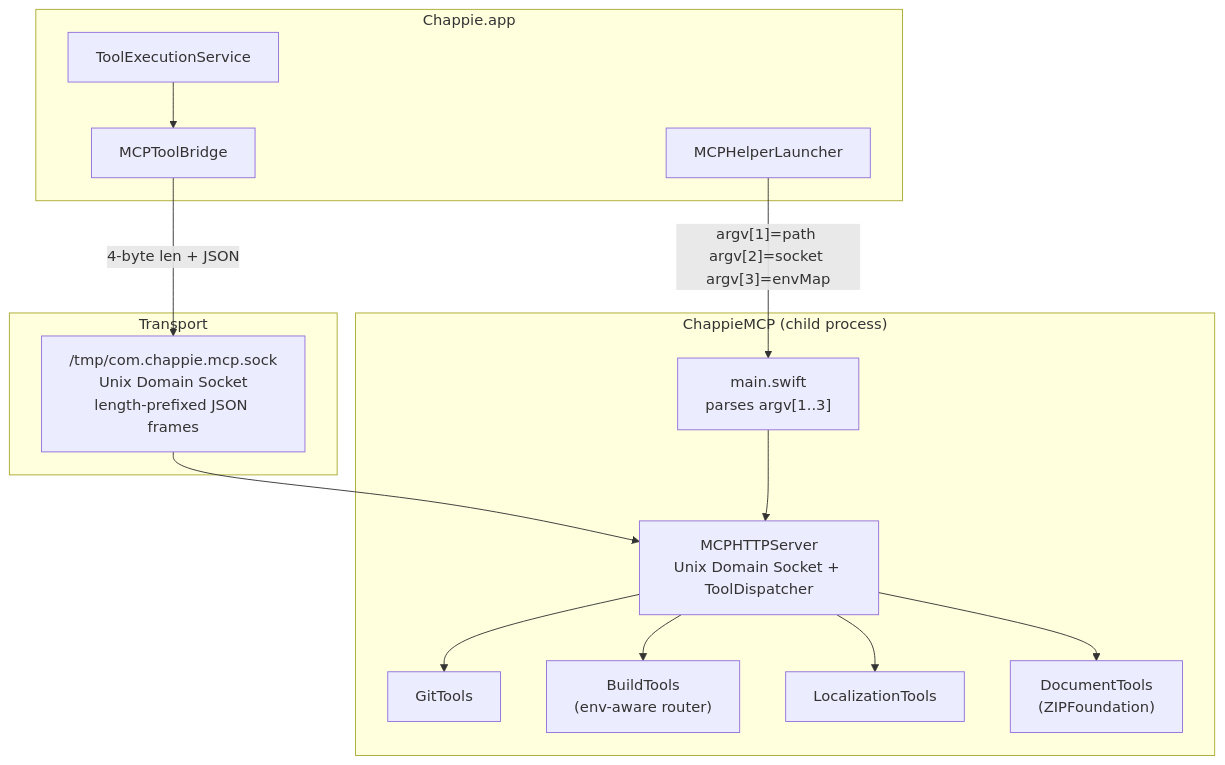
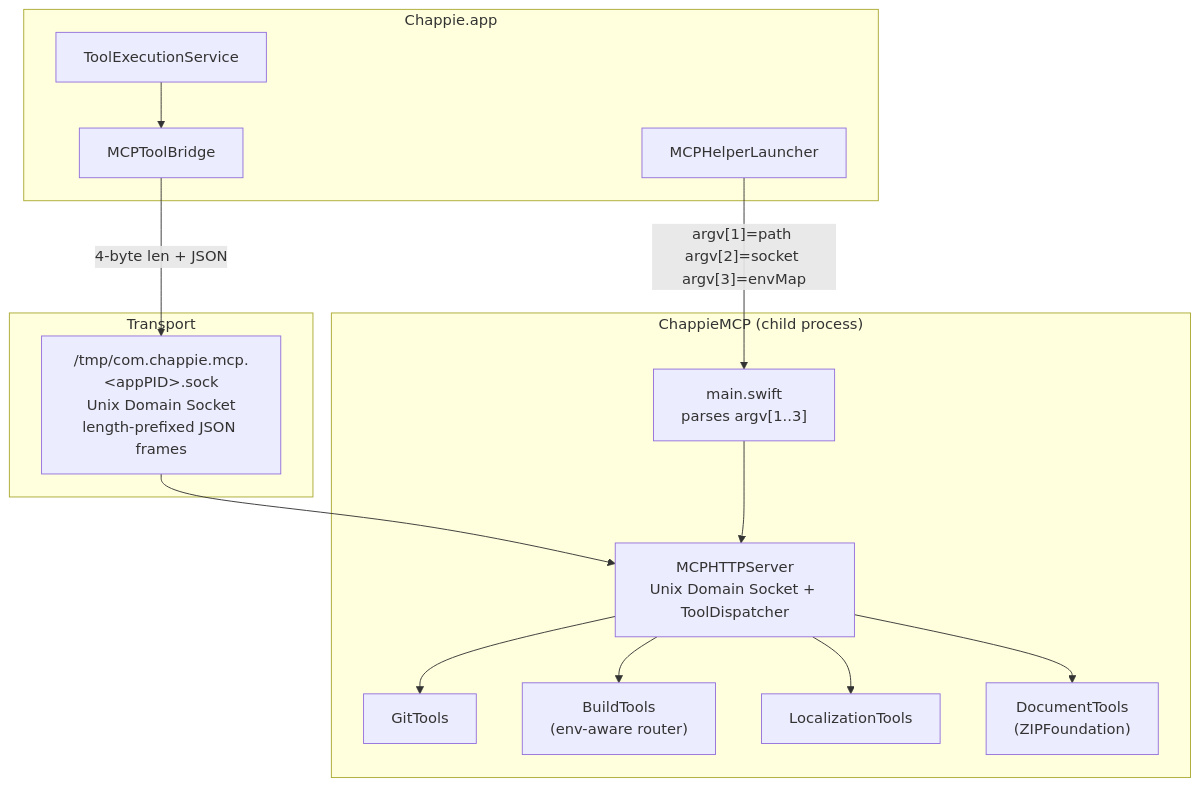
The diagram in ChappieMCP/architecture.md (iOSIvanovS/chappieai), drawn with Mermaid before and after one commit. The commit also changed other lines of this file and 12 other files, not shown here.

````diff
--- a/ChappieMCP/architecture.md
+++ b/ChappieMCP/architecture.md
@@ -48,31 +48,31 @@
 ```mermaid
 graph TD
     subgraph App["Chappie.app"]
         TES["ToolExecutionService"]
         Bridge["MCPToolBridge"]
         Launcher["MCPHelperLauncher"]
     end
 
     subgraph MCP["ChappieMCP (child process)"]
         Main["main.swift\nparses argv[1..3]"]
         Server["MCPHTTPServer\nUnix Domain Socket + ToolDispatcher"]
         Git["GitTools"]
         Build["BuildTools\n(env-aware router)"]
         Loc["LocalizationTools"]
         Doc["DocumentTools\n(ZIPFoundation)"]
     end
 
     subgraph Transport["Transport"]
-        Socket["/tmp/com.chappie.mcp.sock\nUnix Domain Socket\nlength-prefixed JSON frames"]
+        Socket["/tmp/com.chappie.mcp.&lt;appPID&gt;.sock\nUnix Domain Socket\nlength-prefixed JSON frames"]
     end
 
     TES --> Bridge
     Bridge -->|4-byte len + JSON| Socket
     Launcher -->|"argv[1]=path argv[2]=socket argv[3]=envMap"| Main
     Socket --> Server
     Main --> Server
     Server --> Git
     Server --> Build
     Server --> Loc
     Server --> Doc
 ```
````
